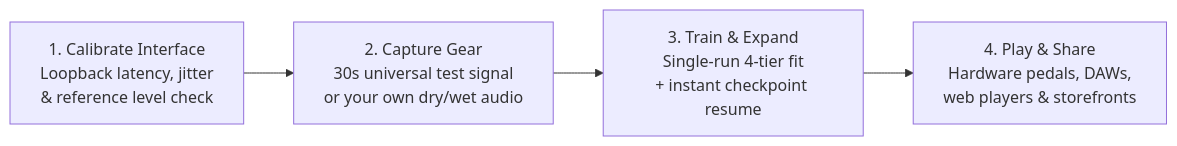
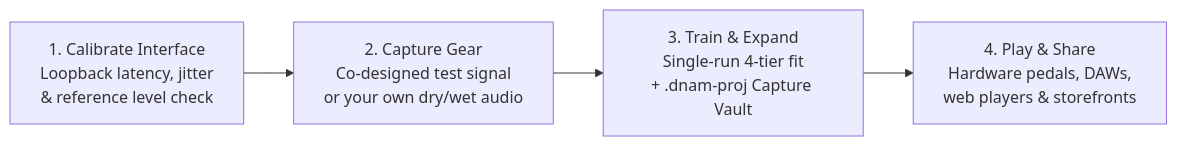
The diagram in README.md (dnam-project/dnam), drawn with Mermaid before and after one commit. The commit also changed other lines of this file and 232 other files, not shown here.

````diff
--- a/README.md
+++ b/README.md
@@ -80,9 +80,9 @@
 ```mermaid
 flowchart LR
     Step1["1. Calibrate Interface<br/>Loopback latency, jitter<br/>& reference level check"]
-    Step2["2. Capture Gear<br/>30s universal test signal<br/>or your own dry/wet audio"]
-    Step3["3. Train & Expand<br/>Single-run 4-tier fit<br/>+ instant checkpoint resume"]
+    Step2["2. Capture Gear<br/>Co-designed test signal<br/>or your own dry/wet audio"]
+    Step3["3. Train & Expand<br/>Single-run 4-tier fit<br/>+ .dnam-proj Capture Vault"]
     Step4["4. Play & Share<br/>Hardware pedals, DAWs,<br/>web players & storefronts"]
 
     Step1 --> Step2 --> Step3 --> Step4
 ```
````
